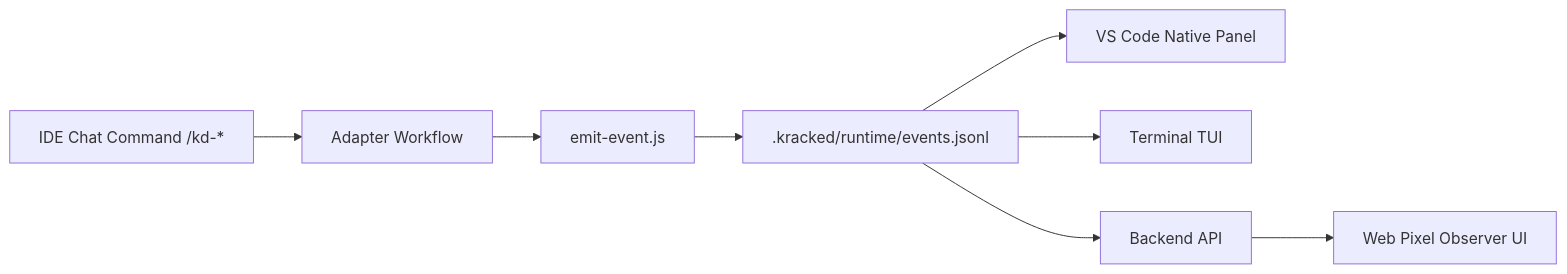
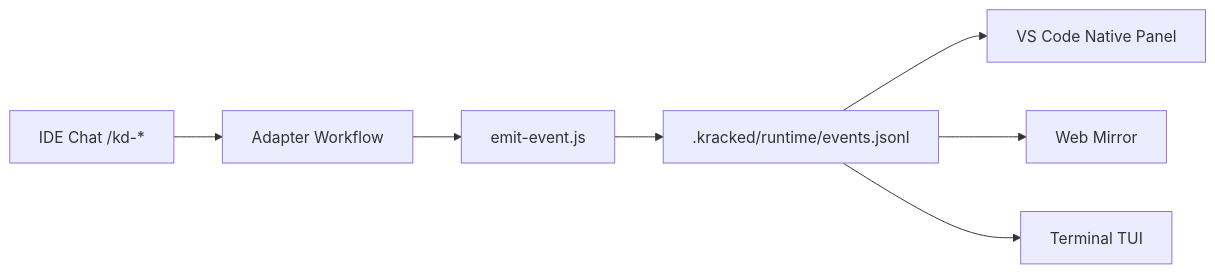
One commit to MoonWIRaja/Kracked_Skills_Agent changed the diagram in README.md. Above: the diagram before and after it, drawn with Mermaid. The commit also changed other lines of this file and 13 other files, not shown here.

````diff
--- a/README.md
+++ b/README.md
@@ -181,10 +153,9 @@
 ```mermaid
 flowchart LR
-  A[IDE Chat Command /kd-*] --> B[Adapter Workflow]
+  A[IDE Chat /kd-*] --> B[Adapter Workflow]
   B --> C[emit-event.js]
   C --> D[.kracked/runtime/events.jsonl]
   D --> E[VS Code Native Panel]
-  D --> H[Terminal TUI]
-  D --> F[Backend API]
-  F --> G[Web Pixel Observer UI]
+  D --> F[Web Mirror]
+  D --> G[Terminal TUI]
 ```
````
